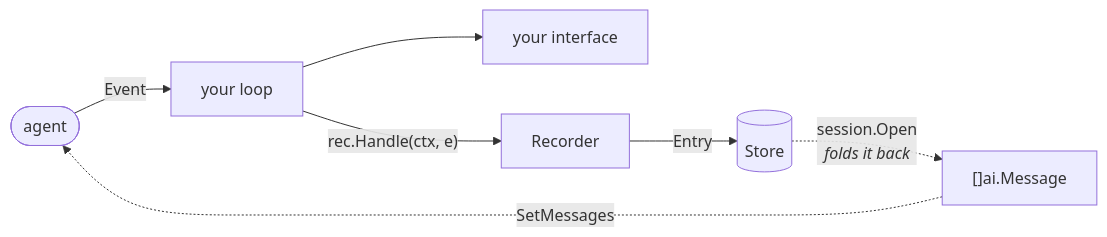
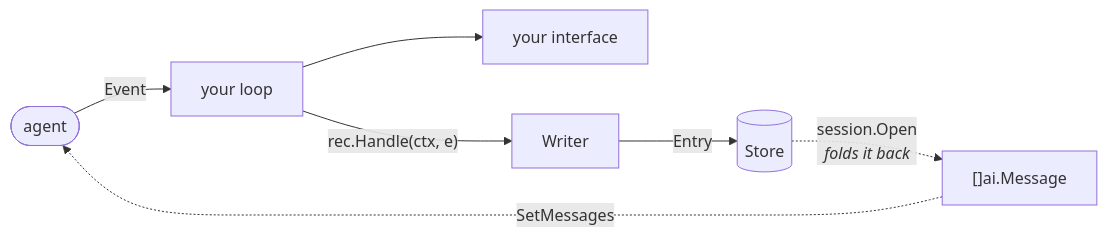
The third of 3 diagrams in README.md (genai-io/sdk-go), drawn with Mermaid before and after one commit. The commit also changed 25 other files, not shown here.

````diff
--- a/README.md
+++ b/README.md
@@ -488,9 +488,9 @@
 ```mermaid
 flowchart LR
     agent(["agent"]) -->|"Event"| loop["your loop"]
     loop --> ui["your interface"]
-    loop -->|"rec.Handle(ctx, e)"| rec["Recorder"]
+    loop -->|"rec.Handle(ctx, e)"| rec["Writer"]
     rec -->|"Entry"| store[("Store")]
     store -.->|"session.Open<br/><i>folds it back</i>"| hist["[]ai.Message"]
     hist -.->|"SetMessages"| agent
 ```
````
